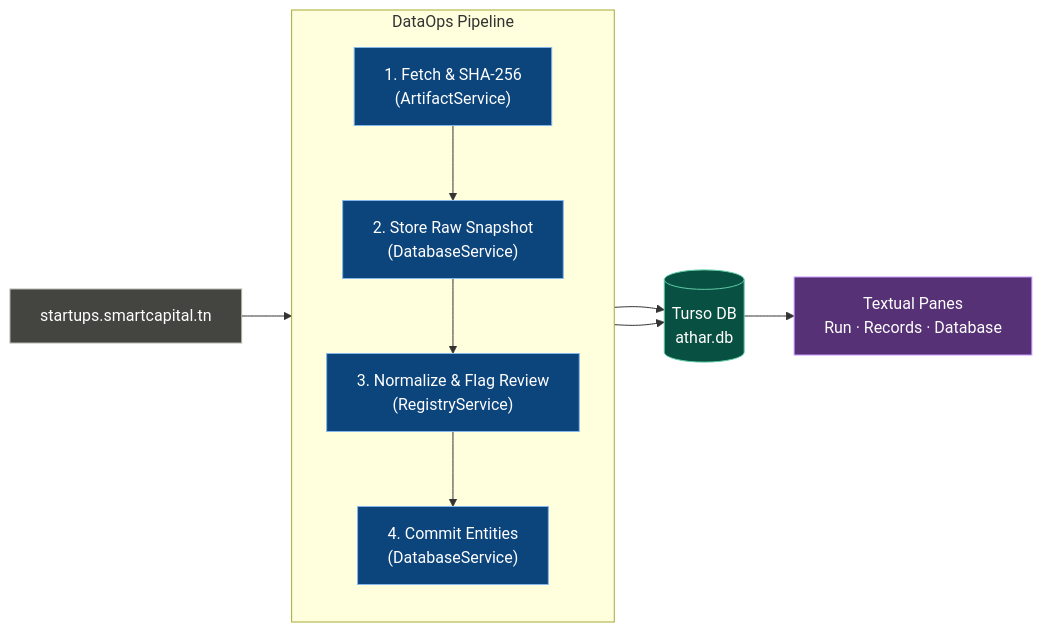
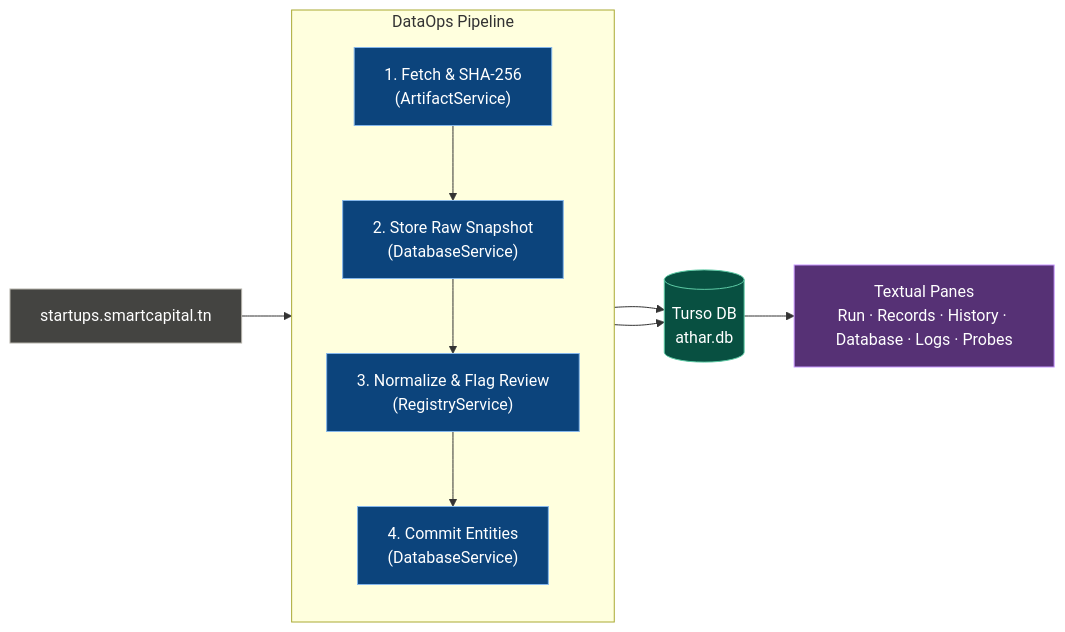
One commit to OussemaJaouadi/Athar changed the second of 2 diagrams in docs/dataops/ARCHITECTURE.md. Above: the diagram before and after it, drawn with Mermaid. The commit also changed other lines of this file and 22 other files, not shown here.

````diff
--- a/docs/dataops/ARCHITECTURE.md
+++ b/docs/dataops/ARCHITECTURE.md
@@ -112,32 +117,33 @@
 ```mermaid
 flowchart LR
     EXT["startups.smartcapital.tn"]
     
     subgraph DataOps Pipeline
         direction TB
         S1["1. Fetch & SHA-256<br/>(ArtifactService)"]
         S2["2. Store Raw Snapshot<br/>(DatabaseService)"]
         S3["3. Normalize & Flag Review<br/>(RegistryService)"]
         S4["4. Commit Entities<br/>(DatabaseService)"]
     end
     
     TURSO[("Turso DB<br/>athar.db")]
-    UI["Textual Panes<br/>Run · Records · Database"]
+     UI["Textual Panes<br/>Run · Records · History · Database · Logs · Probes"]
+
 
     EXT --> S1
     S1 --> S2
     S2 --> TURSO
     S2 --> S3
     S3 --> S4
     S4 --> TURSO
     TURSO --> UI
 
     classDef ext fill:#444441,stroke:#B4B2A9,color:#FFFFFF
     classDef step fill:#0C447C,stroke:#85B7EB,color:#FFFFFF
     classDef db fill:#085041,stroke:#5DCAA5,color:#FFFFFF
     classDef ui fill:#563175,stroke:#C798FF,color:#FFFFFF
     class EXT ext
     class S1,S2,S3,S4 step
     class TURSO db
     class UI ui
 ```
````
